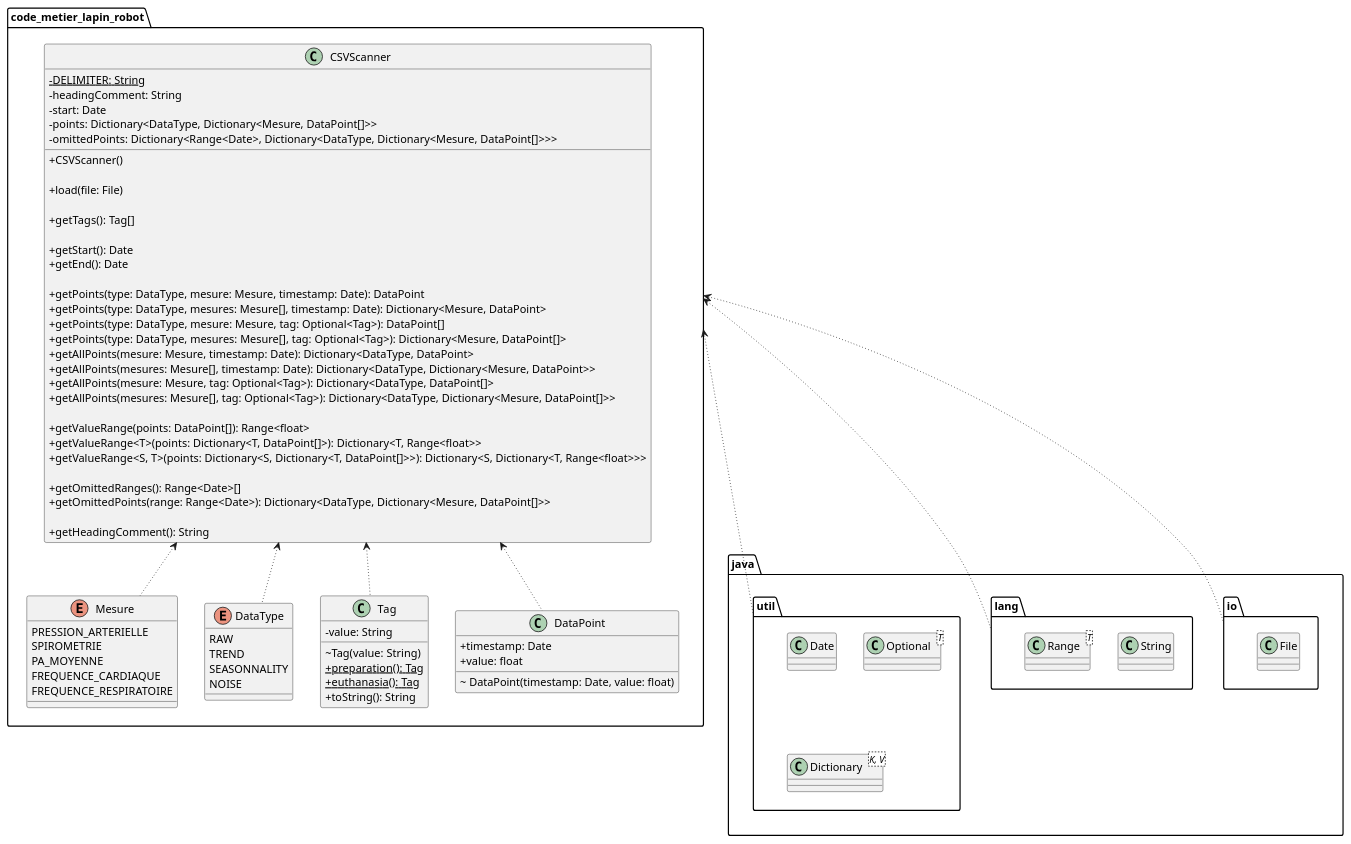
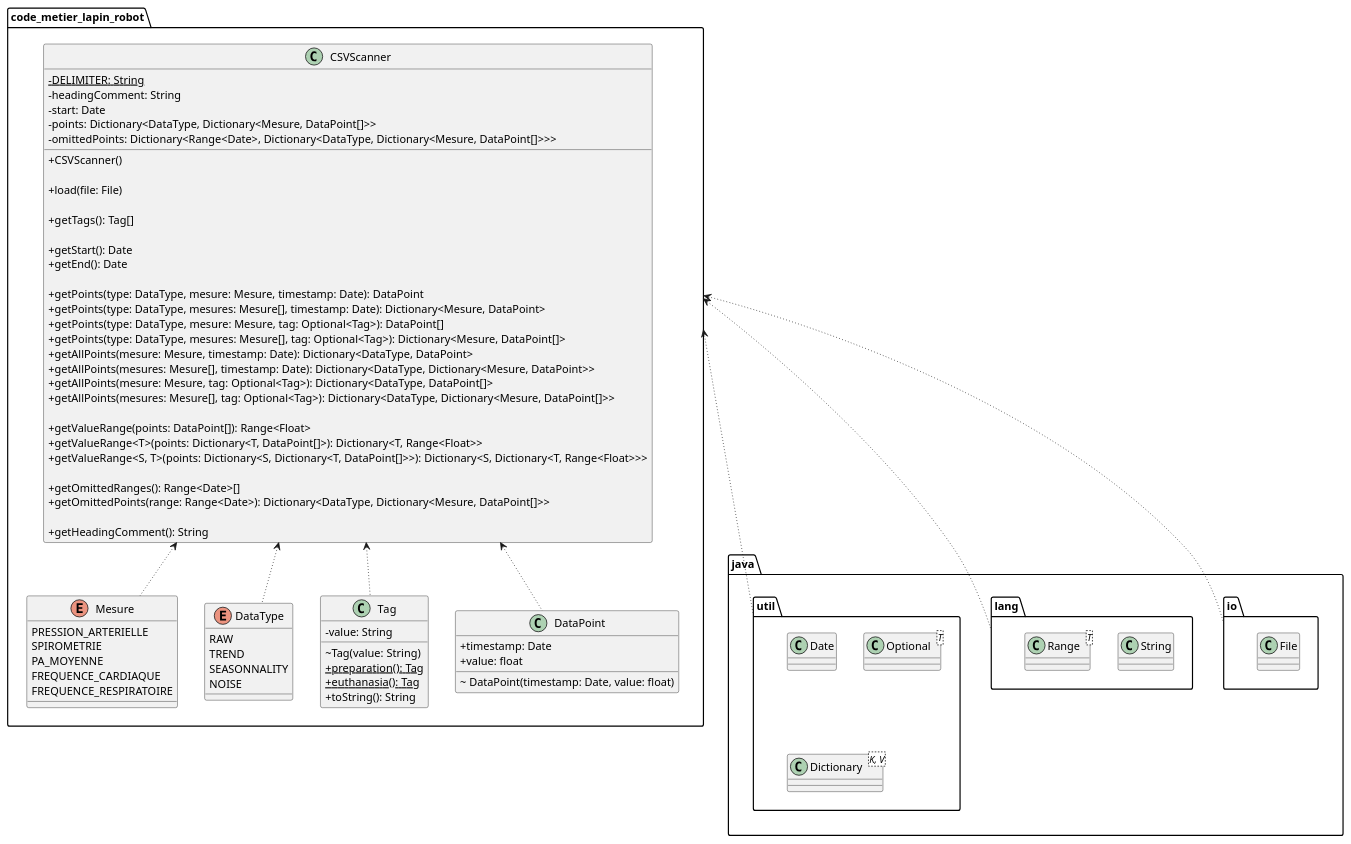
One commit to RemiBardon/imt-fil-a1-acdc-projet-lapin-robot changed the diagram in README.md. Above: the diagram before and after it, drawn with PlantUML. The commit also changed 1 other file, not shown here.

Commit message:
Fix Jave Float type in class diagram

```diff
--- a/README.md
+++ b/README.md
@@ -159,9 +159,9 @@
         + getAllPoints(mesure: Mesure, tag: Optional<Tag>): Dictionary<DataType, DataPoint[]>
         + getAllPoints(mesures: Mesure[], tag: Optional<Tag>): Dictionary<DataType, Dictionary<Mesure, DataPoint[]>>
 
-        + getValueRange(points: DataPoint[]): Range<float>
-        + getValueRange<T>(points: Dictionary<T, DataPoint[]>): Dictionary<T, Range<float>>
-        + getValueRange<S, T>(points: Dictionary<S, Dictionary<T, DataPoint[]>>): Dictionary<S, Dictionary<T, Range<float>>>
+        + getValueRange(points: DataPoint[]): Range<Float>
+        + getValueRange<T>(points: Dictionary<T, DataPoint[]>): Dictionary<T, Range<Float>>
+        + getValueRange<S, T>(points: Dictionary<S, Dictionary<T, DataPoint[]>>): Dictionary<S, Dictionary<T, Range<Float>>>
 
         + getOmittedRanges(): Range<Date>[]
         + getOmittedPoints(range: Range<Date>): Dictionary<DataType, Dictionary<Mesure, DataPoint[]>>
```
